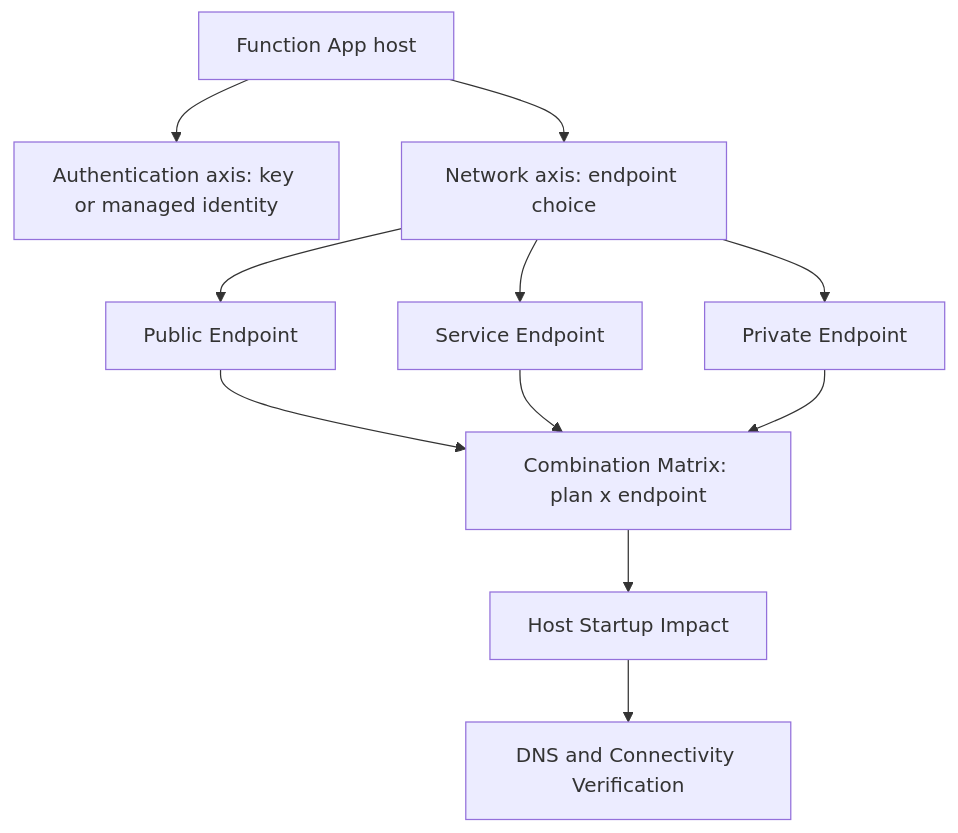
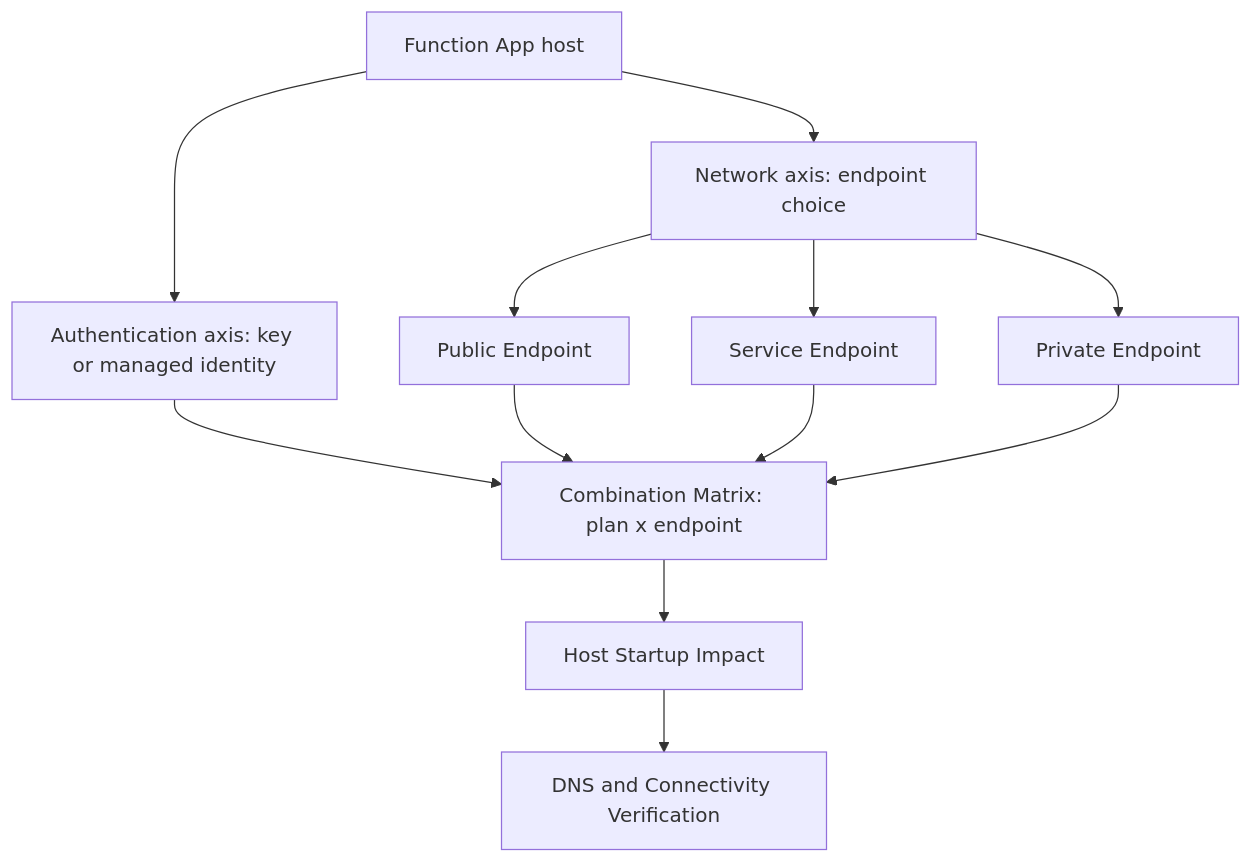
Before and after one commit to yeongseon/azure-functions-practical-guide: the diagram in docs/platform/storage-connectivity.md, drawn with Mermaid. The commit also changed other lines of this file and 2 other files, not shown here.

````diff
--- a/docs/platform/storage-connectivity.md
+++ b/docs/platform/storage-connectivity.md
@@ -56,13 +54,14 @@
 ```mermaid
 flowchart TD
     FA["Function App host"] --> AX1["Authentication axis: key or managed identity"]
     FA --> AX2["Network axis: endpoint choice"]
+    AX1 --> CM["Combination Matrix: plan x endpoint"]
     AX2 --> PE1["Public Endpoint"]
     AX2 --> PE2["Service Endpoint"]
     AX2 --> PE3["Private Endpoint"]
     PE1 --> CM["Combination Matrix: plan x endpoint"]
     PE2 --> CM
     PE3 --> CM
     CM --> HS["Host Startup Impact"]
     HS --> DNS["DNS and Connectivity Verification"]
 ```
````
